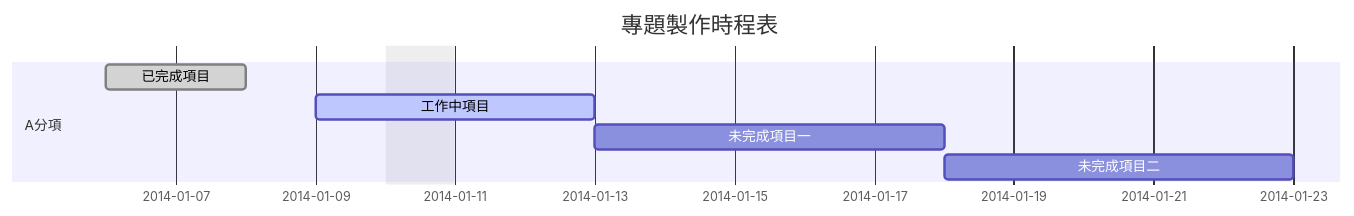
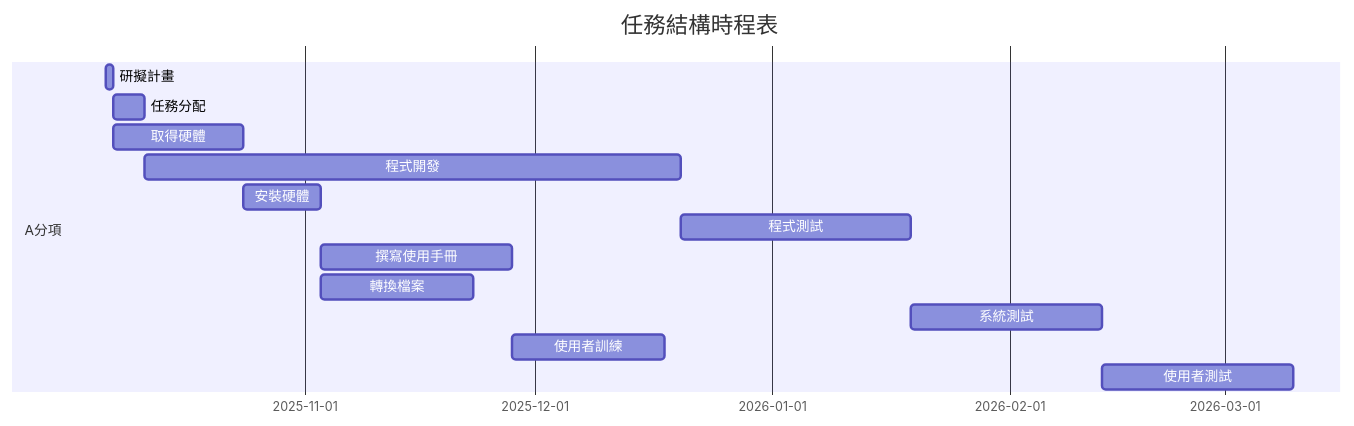
One commit to zombie942018/114-1a changed the diagram in hw2.md. Above: the diagram before and after it, drawn with Mermaid.

````diff
--- a/hw2.md
+++ b/hw2.md
@@ -1,12 +1,19 @@
-```Mermaid
+```mermaid
 gantt
 dateFormat  YYYY-MM-DD
-title 專題製作時程表
-excludes weekdays 2014-01-10
+title 任務結構時程表
+excludes weekdays 
 
 section A分項
-已完成項目   :done,    des1, 2014-01-06,2014-01-08
-工作中項目   :active,  des2, 2014-01-09, 3d
-未完成項目一 :         des3, after des2, 5d
-未完成項目二 :         des4, after des3, 5d
+研擬計畫   :         des1, 2025-10-06,2025-10-07
+任務分配   :         des2, after des1, 4d
+取得硬體   :         des3, after des1, 17d
+程式開發   :         des4, after des2, 70d
+安裝硬體   :         des5, after des3, 10d
+程式測試   :         des6, after des4, 30d
+撰寫使用手冊   :      des7, after des5, 25d
+轉換檔案   :         des8, after des5, 20d
+系統測試   :         des9, after des6, 25d
+使用者訓練   :       des10, after des7 des8, 20d
+使用者測試 :         des11, after des9 des10, 25d
 ```
````
